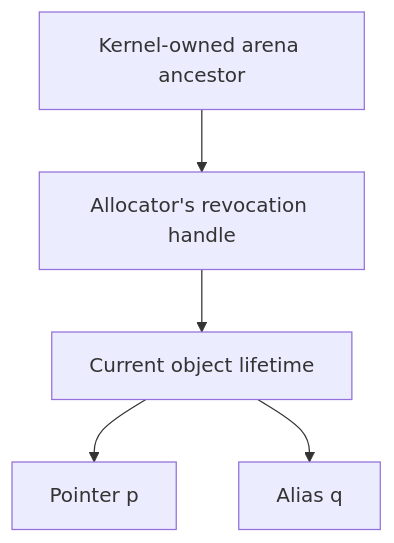
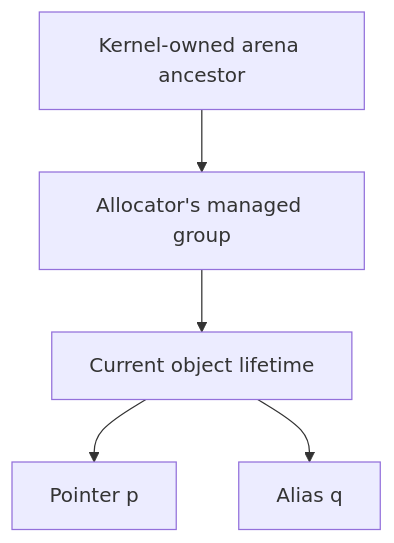
One commit to project-starch/llvm-capstone changed the second of 3 diagrams in capstone/docs/design/virtual-capstone/ownership.md. Above: the diagram before and after it, drawn with Mermaid. The commit also changed other lines of this file and 18 other files, not shown here.

````diff
--- a/capstone/docs/design/virtual-capstone/ownership.md
+++ b/capstone/docs/design/virtual-capstone/ownership.md
@@ -60,11 +60,11 @@
 ```mermaid
 flowchart TB
     ARENA["Kernel-owned arena ancestor"]
-    HANDLE["Allocator's revocation handle"]
+    HANDLE["Allocator's managed group"]
     OBJ["Current object lifetime"]
     P["Pointer p"]
     Q["Alias q"]
     ARENA --> HANDLE --> OBJ
     OBJ --> P
     OBJ --> Q
 ```
````
